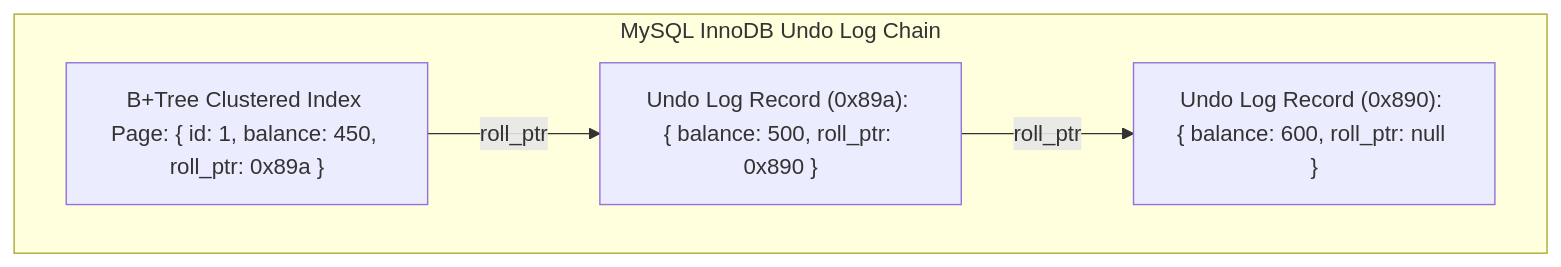
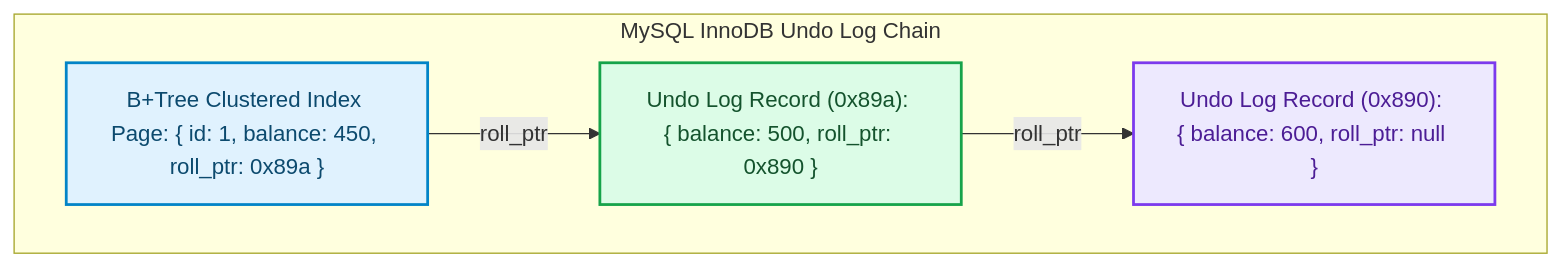
Before and after one commit to akmalkhaniub/akmalkhaniub.github.io: the second of 2 diagrams in blog/posts/mvcc-multi-version-concurrency-control-postgres-mysql-cockroachdb.md, drawn with Mermaid. The commit also changed other lines of this file and 1291 other files, not shown here.

First line of the commit message:
feat(catalog): unique covers, scholarly references, and diagram palettes

````diff
--- a/blog/posts/mvcc-multi-version-concurrency-control-postgres-mysql-cockroachdb.md
+++ b/blog/posts/mvcc-multi-version-concurrency-control-postgres-mysql-cockroachdb.md
@@ -73,11 +82,20 @@
 ```mermaid
 flowchart TD
   subgraph SG2_MysqlInnodbUndo ["MySQL InnoDB Undo Log Chain"]
     ClusteredPage["B+Tree Clustered Index Page: { id: 1, balance: 450, roll_ptr: 0x89a }"]
     Undo1["Undo Log Record (0x89a): { balance: 500, roll_ptr: 0x890 }"]
     Undo2["Undo Log Record (0x890): { balance: 600, roll_ptr: null }"]
     
     ClusteredPage -->|roll_ptr| Undo1
     Undo1 -->|roll_ptr| Undo2
   end
+
+classDef green fill:#dcfce7,stroke:#16a34a,stroke-width:2px,color:#14532d;
+classDef red fill:#fee2e2,stroke:#dc2626,stroke-width:2px,color:#7f1d1d;
+classDef blue fill:#e0f2fe,stroke:#0284c7,stroke-width:2px,color:#0c4a6e;
+classDef yellow fill:#fef3c7,stroke:#d97706,stroke-width:2px,color:#78350f;
+classDef purple fill:#ede9fe,stroke:#7c3aed,stroke-width:2px,color:#4c1d95;
+class ClusteredPage blue
+class Undo1 green
+class Undo2 purple
 ```
````
